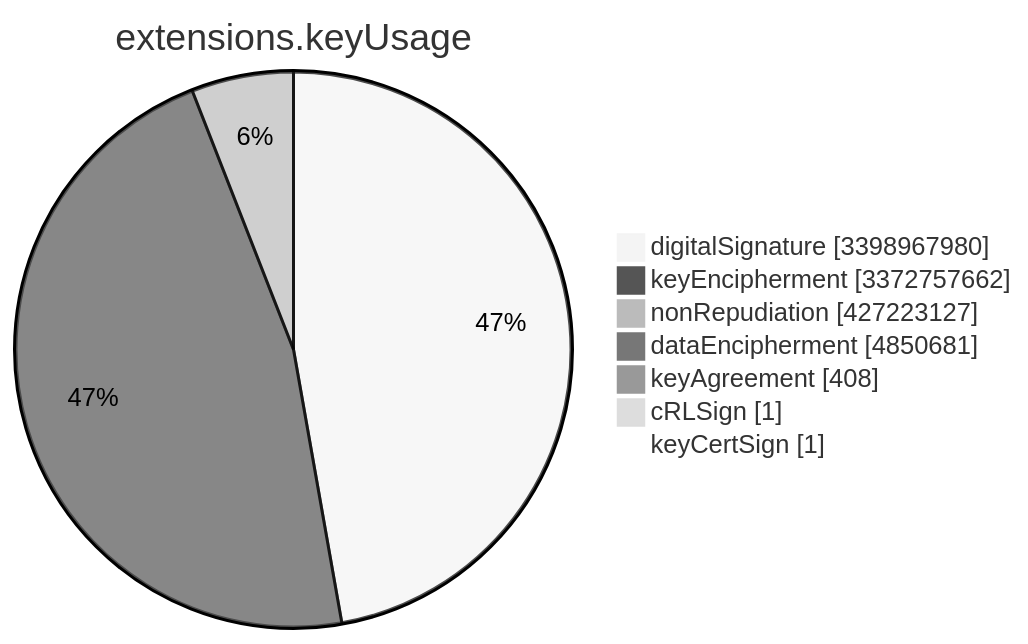
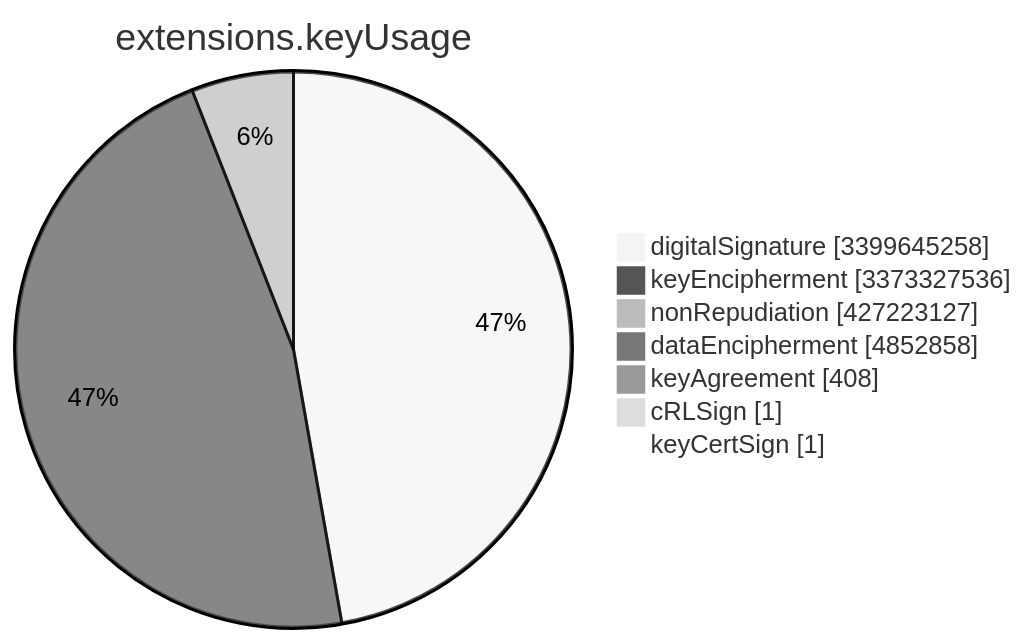
One commit to christiankrug/ctmonitor_visualization changed the sixth of 15 diagrams in TOTAL/README.md. Above: the diagram before and after it, drawn with Mermaid (neutral theme). The commit also changed other lines of this file, not shown here.

````diff
--- a/TOTAL/README.md
+++ b/TOTAL/README.md
@@ -3081,11 +3081,11 @@
 ```mermaid
 pie showData
 title extensions.keyUsage
-"digitalSignature" :3398967980
-"keyEncipherment" :3372757662
+"digitalSignature" :3399645258
+"keyEncipherment" :3373327536
 "nonRepudiation" :427223127
-"dataEncipherment" :4850681
+"dataEncipherment" :4852858
 "keyAgreement" :408
 "cRLSign" :1
 "keyCertSign" :1
 ```
````
